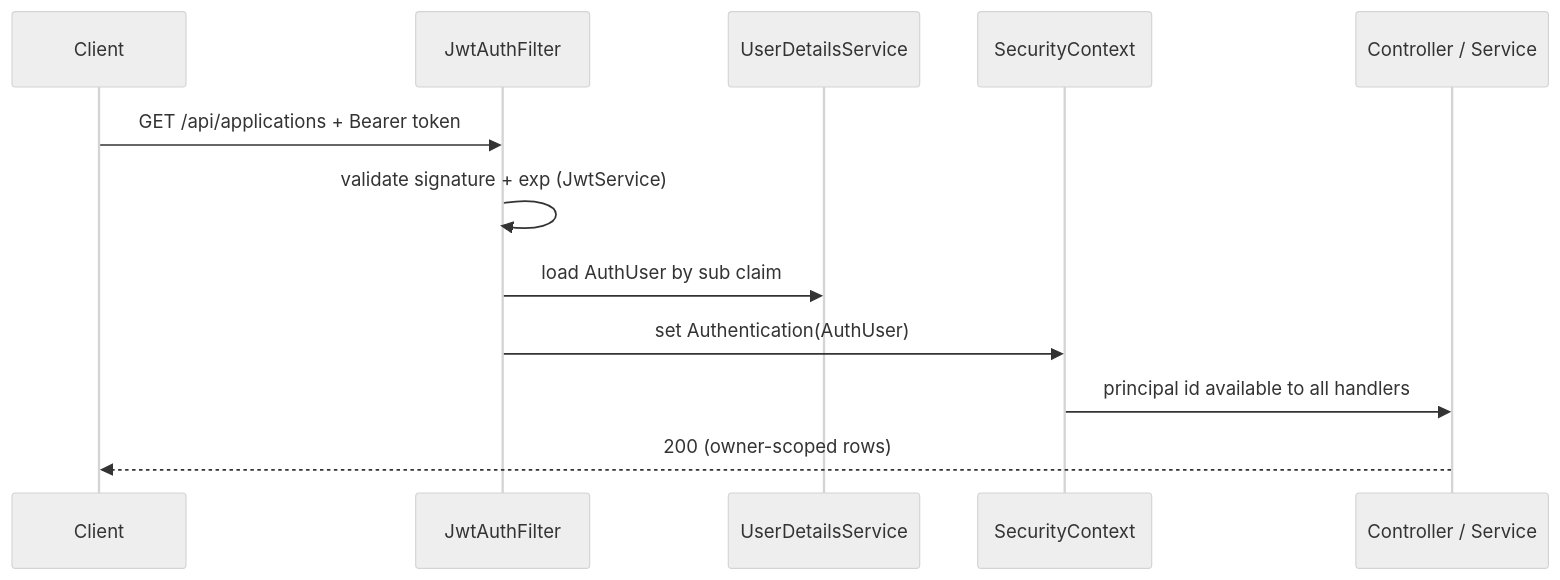
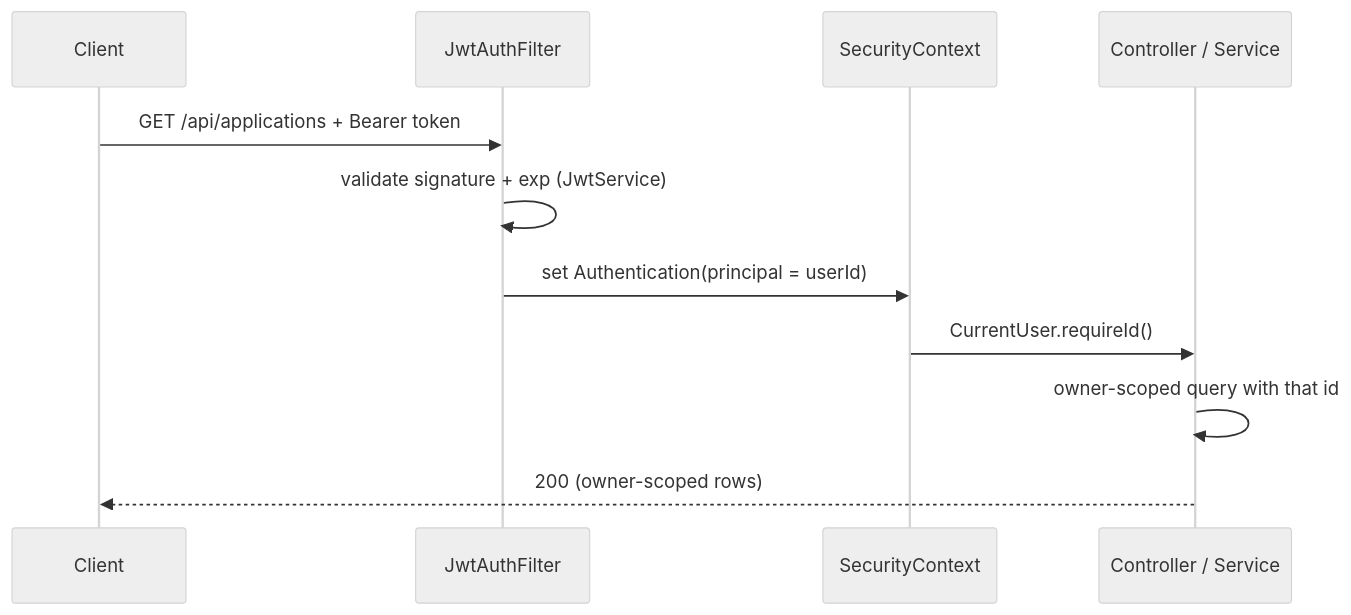
The second of 2 diagrams in docs/ARCHITECTURE.md (SalmaneKhalili/Job-Tracker), drawn with Mermaid (neutral theme) before and after one commit. The commit also changed other lines of this file and 2 other files, not shown here.

````diff
--- a/docs/ARCHITECTURE.md
+++ b/docs/ARCHITECTURE.md
@@ -105,14 +131,13 @@
 ```mermaid
 sequenceDiagram
     participant C as Client
     participant F as JwtAuthFilter
-    participant U as UserDetailsService
     participant S as SecurityContext
     participant D as Controller / Service
     C->>F: GET /api/applications + Bearer token
     F->>F: validate signature + exp (JwtService)
-    F->>U: load AuthUser by sub claim
-    F->>S: set Authentication(AuthUser)
-    S->>D: principal id available to all handlers
+    F->>S: set Authentication(principal = userId)
+    S->>D: CurrentUser.requireId()
+    D->>D: owner-scoped query with that id
     D-->>C: 200 (owner-scoped rows)
 ```
````
